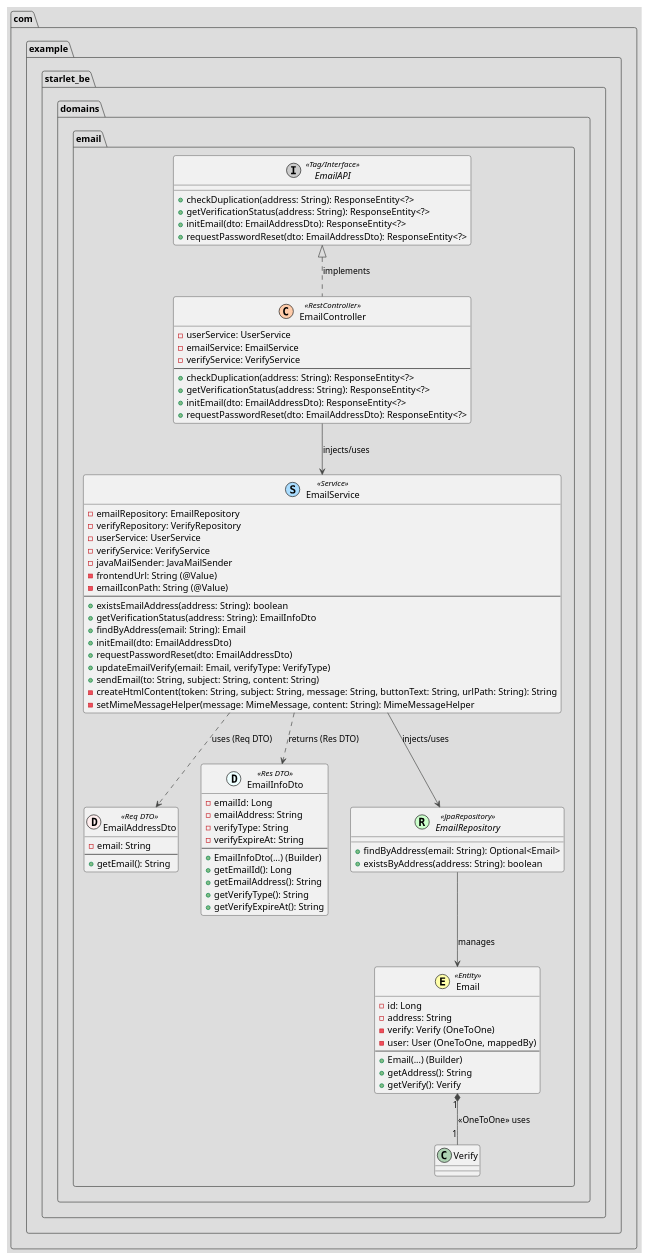
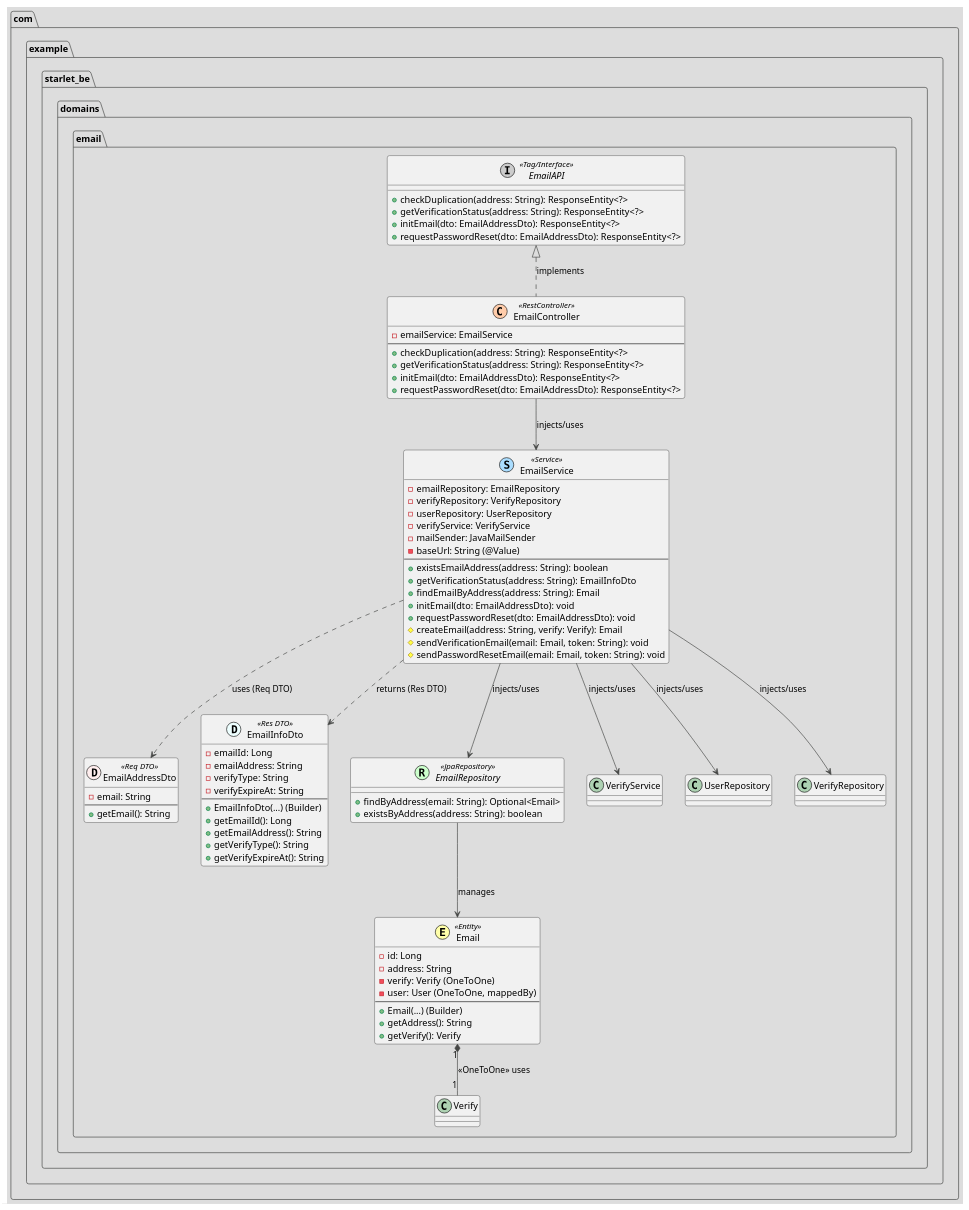
Before and after one commit to 2025-YU-SE-Project/Starlet_doc: the diagram in SDS/Class Diagram UML/email.puml, drawn with PlantUML. The commit also changed 2 other files, not shown here.

Commit message:
edit : diary.puml, email.puml, verify.puml 최신화

```diff
--- a/SDS/Class Diagram UML/email.puml
+++ b/SDS/Class Diagram UML/email.puml
@@ -1,90 +1,89 @@
 @startuml
 !theme toy
 top to bottom direction
 
 package "com.example.starlet_be.domains.email" {
 
     class EmailAddressDto << (D,#FFEEEE) Req DTO >> {
         - email: String
         --
         + getEmail(): String
     }
 
     class EmailInfoDto << (D,#EEFFFF) Res DTO >> {
         - emailId: Long
         - emailAddress: String
         - verifyType: String
         - verifyExpireAt: String
         --
         + EmailInfoDto(...) (Builder)
         + getEmailId(): Long
         + getEmailAddress(): String
         + getVerifyType(): String
         + getVerifyExpireAt(): String
     }
 
     class Email << (E,#FFFFAA) Entity >> {
         - id: Long
         - address: String
         - verify: Verify (OneToOne)
         - user: User (OneToOne, mappedBy)
         --
         + Email(...) (Builder)
         + getAddress(): String
         + getVerify(): Verify
     }
 
     interface EmailRepository << (R,#CCFFCC) JpaRepository >> {
         + findByAddress(email: String): Optional<Email>
         + existsByAddress(address: String): boolean
     }
 
     class EmailService << (S,#AADDFF) Service >> {
         - emailRepository: EmailRepository
         - verifyRepository: VerifyRepository
-        - userService: UserService
+        - userRepository: UserRepository
         - verifyService: VerifyService
-        - javaMailSender: JavaMailSender
-        - frontendUrl: String (@Value)
-        - emailIconPath: String (@Value)
+        - mailSender: JavaMailSender
+        - baseUrl: String (@Value)
         --
         + existsEmailAddress(address: String): boolean
         + getVerificationStatus(address: String): EmailInfoDto
-        + findByAddress(email: String): Email
-        + initEmail(dto: EmailAddressDto)
-        + requestPasswordReset(dto: EmailAddressDto)
-        + updateEmailVerify(email: Email, verifyType: VerifyType)
-        + sendEmail(to: String, subject: String, content: String)
-        - createHtmlContent(token: String, subject: String, message: String, buttonText: String, urlPath: String): String
-        - setMimeMessageHelper(message: MimeMessage, content: String): MimeMessageHelper
+        + findEmailByAddress(address: String): Email
+        + initEmail(dto: EmailAddressDto): void
+        + requestPasswordReset(dto: EmailAddressDto): void
+        # createEmail(address: String, verify: Verify): Email
+        # sendVerificationEmail(email: Email, token: String): void
+        # sendPasswordResetEmail(email: Email, token: String): void
     }
 
     interface EmailAPI << (I,#CCCCCC) Tag/Interface >> {
         + checkDuplication(address: String): ResponseEntity<?>
         + getVerificationStatus(address: String): ResponseEntity<?>
         + initEmail(dto: EmailAddressDto): ResponseEntity<?>
         + requestPasswordReset(dto: EmailAddressDto): ResponseEntity<?>
     }
 
     class EmailController << (C,#FFCCAA) RestController >> {
-        - userService: UserService
         - emailService: EmailService
-        - verifyService: VerifyService
         --
         + checkDuplication(address: String): ResponseEntity<?>
         + getVerificationStatus(address: String): ResponseEntity<?>
         + initEmail(dto: EmailAddressDto): ResponseEntity<?>
         + requestPasswordReset(dto: EmailAddressDto): ResponseEntity<?>
     }
 
     EmailRepository --> Email : manages
     Email "1" *-- "1" Verify : <<OneToOne>> uses
 
     EmailService --> EmailRepository : injects/uses
     EmailService ..> EmailAddressDto : uses (Req DTO)
     EmailService ..> EmailInfoDto : returns (Res DTO)
+    EmailService --> VerifyService : injects/uses
+    EmailService --> UserRepository : injects/uses
+    EmailService --> VerifyRepository : injects/uses
 
     EmailController .up.|> EmailAPI : implements
     EmailController --> EmailService : injects/uses
 }
 @enduml
```
